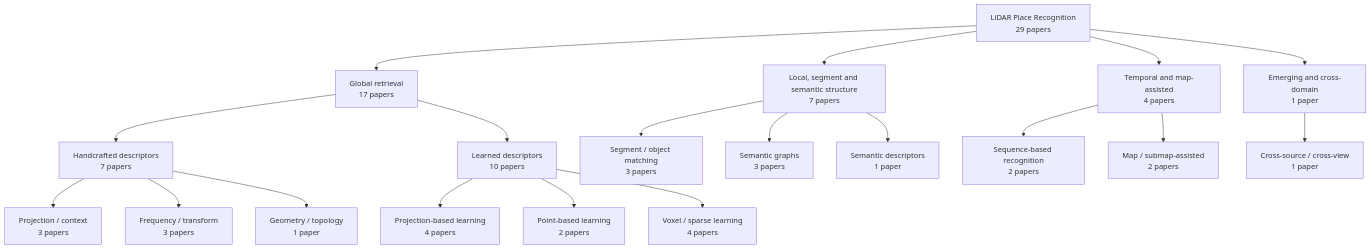
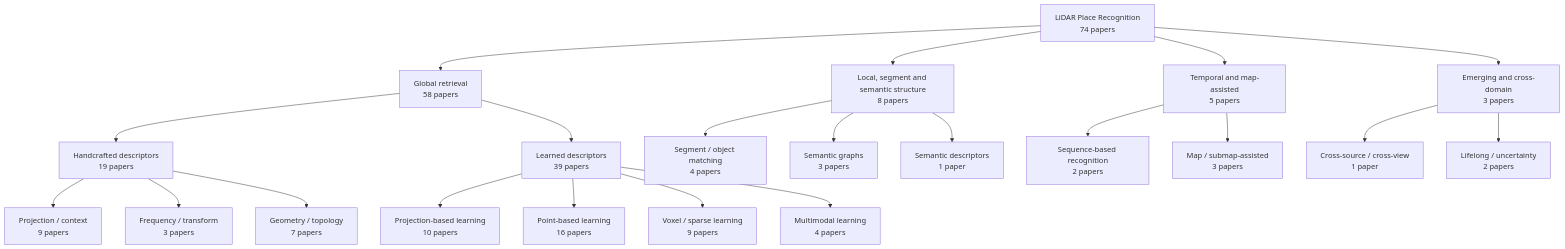
One commit to xiaoshi22-ops/LPR-Living-Survey changed the diagram in landscape.md. Above: the diagram before and after it, drawn with Mermaid. The commit also changed other lines of this file and 115 other files, not shown here.

````diff
--- a/landscape.md
+++ b/landscape.md
@@ -7,40 +7,44 @@
 ```mermaid
 flowchart TB
-  root["LiDAR Place Recognition<br/>29 papers"]
-  n_global_retrieval["Global retrieval<br/>17 papers"]
-  n_global_retrieval_handcrafted["Handcrafted descriptors<br/>7 papers"]
-  n_global_retrieval_handcrafted_projection_context["Projection / context<br/>3 papers"]
+  root["LiDAR Place Recognition<br/>74 papers"]
+  n_global_retrieval["Global retrieval<br/>58 papers"]
+  n_global_retrieval_handcrafted["Handcrafted descriptors<br/>19 papers"]
+  n_global_retrieval_handcrafted_projection_context["Projection / context<br/>9 papers"]
   n_global_retrieval_handcrafted_frequency_transform["Frequency / transform<br/>3 papers"]
-  n_global_retrieval_handcrafted_geometry_topology["Geometry / topology<br/>1 paper"]
-  n_global_retrieval_learned["Learned descriptors<br/>10 papers"]
-  n_global_retrieval_learned_projection["Projection-based learning<br/>4 papers"]
-  n_global_retrieval_learned_point["Point-based learning<br/>2 papers"]
-  n_global_retrieval_learned_voxel_sparse["Voxel / sparse learning<br/>4 papers"]
-  n_local_structural["Local, segment and semantic structure<br/>7 papers"]
-  n_local_structural_segment_object["Segment / object matching<br/>3 papers"]
+  n_global_retrieval_handcrafted_geometry_topology["Geometry / topology<br/>7 papers"]
+  n_global_retrieval_learned["Learned descriptors<br/>39 papers"]
+  n_global_retrieval_learned_projection["Projection-based learning<br/>10 papers"]
+  n_global_retrieval_learned_point["Point-based learning<br/>16 papers"]
+  n_global_retrieval_learned_voxel_sparse["Voxel / sparse learning<br/>9 papers"]
+  n_global_retrieval_learned_multimodal["Multimodal learning<br/>4 papers"]
+  n_local_structural["Local, segment and semantic structure<br/>8 papers"]
+  n_local_structural_segment_object["Segment / object matching<br/>4 papers"]
   n_local_structural_semantic_graph["Semantic graphs<br/>3 papers"]
   n_local_structural_semantic_descriptor["Semantic descriptors<br/>1 paper"]
-  n_temporal_map["Temporal and map-assisted<br/>4 papers"]
+  n_temporal_map["Temporal and map-assisted<br/>5 papers"]
   n_temporal_map_sequence["Sequence-based recognition<br/>2 papers"]
-  n_temporal_map_map_assisted["Map / submap-assisted<br/>2 papers"]
-  n_emerging_cross_domain["Emerging and cross-domain<br/>1 paper"]
+  n_temporal_map_map_assisted["Map / submap-assisted<br/>3 papers"]
+  n_emerging_cross_domain["Emerging and cross-domain<br/>3 papers"]
   n_emerging_cross_domain_cross_source["Cross-source / cross-view<br/>1 paper"]
+  n_emerging_cross_domain_lifelong_uncertainty["Lifelong / uncertainty<br/>2 papers"]
   root --> n_global_retrieval
   n_global_retrieval --> n_global_retrieval_handcrafted
   n_global_retrieval_handcrafted --> n_global_retrieval_handcrafted_projection_context
   n_global_retrieval_handcrafted --> n_global_retrieval_handcrafted_frequency_transform
   n_global_retrieval_handcrafted --> n_global_retrieval_handcrafted_geometry_topology
   n_global_retrieval --> n_global_retrieval_learned
   n_global_retrieval_learned --> n_global_retrieval_learned_projection
   n_global_retrieval_learned --> n_global_retrieval_learned_point
   n_global_retrieval_learned --> n_global_retrieval_learned_voxel_sparse
+  n_global_retrieval_learned --> n_global_retrieval_learned_multimodal
   root --> n_local_structural
   n_local_structural --> n_local_structural_segment_object
   n_local_structural --> n_local_structural_semantic_graph
   n_local_structural --> n_local_structural_semantic_descriptor
   root --> n_temporal_map
   n_temporal_map --> n_temporal_map_sequence
   n_temporal_map --> n_temporal_map_map_assisted
   root --> n_emerging_cross_domain
   n_emerging_cross_domain --> n_emerging_cross_domain_cross_source
+  n_emerging_cross_domain --> n_emerging_cross_domain_lifelong_uncertainty
 ```
````
